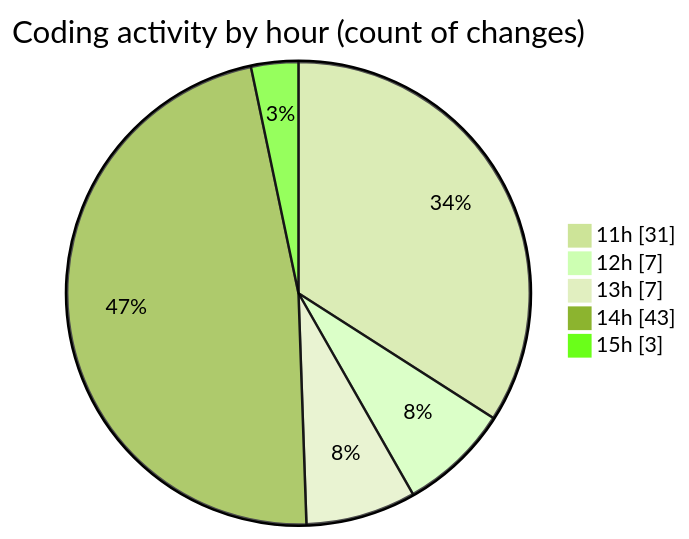
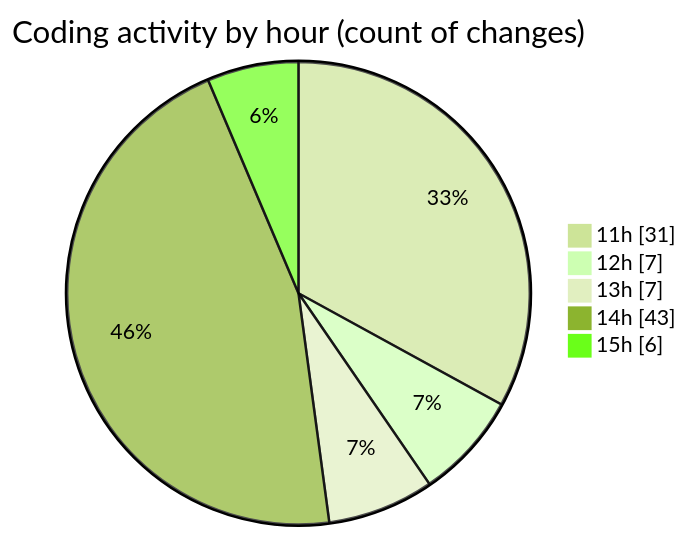
Before and after one commit to nxtqubesakshisongat/code-tracking: the second of 2 diagrams in 2025-07-23/nxtqube_webapp/README.md, drawn with Mermaid (forest theme). The commit also changed other lines of this file and 1 other file, not shown here.

````diff
--- a/2025-07-23/nxtqube_webapp/README.md
+++ b/2025-07-23/nxtqube_webapp/README.md
@@ -51,9 +51,9 @@
 ```mermaid
 pie showData
 title Coding activity by hour (count of changes)
 "11h" : 31
 "12h" : 7
 "13h" : 7
 "14h" : 43
-"15h" : 3
+"15h" : 6
 ```
````
